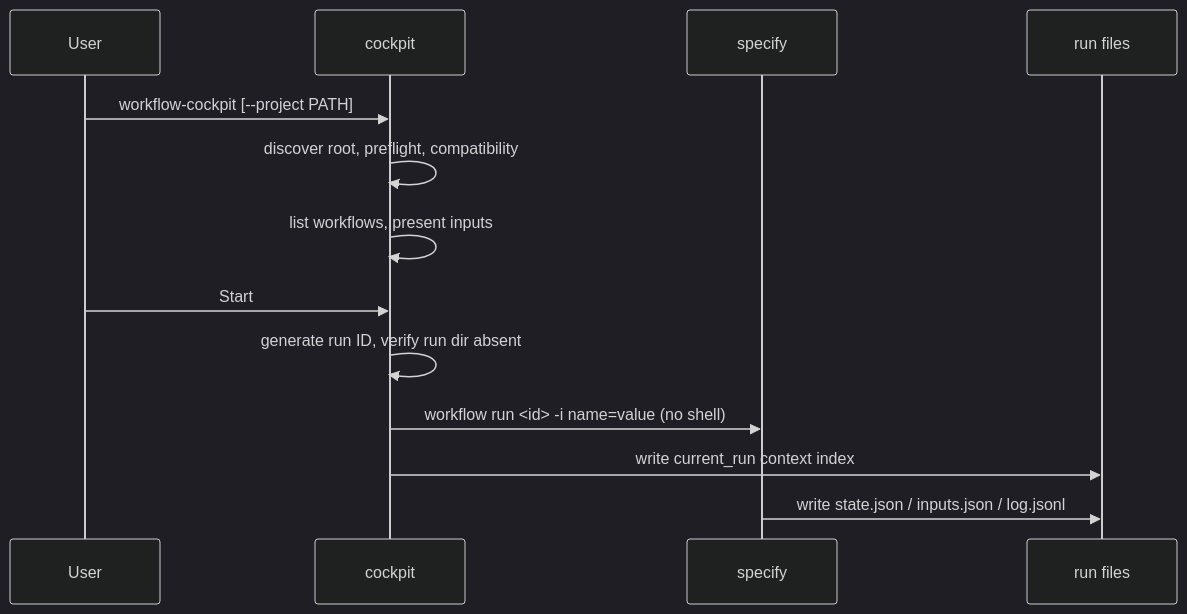
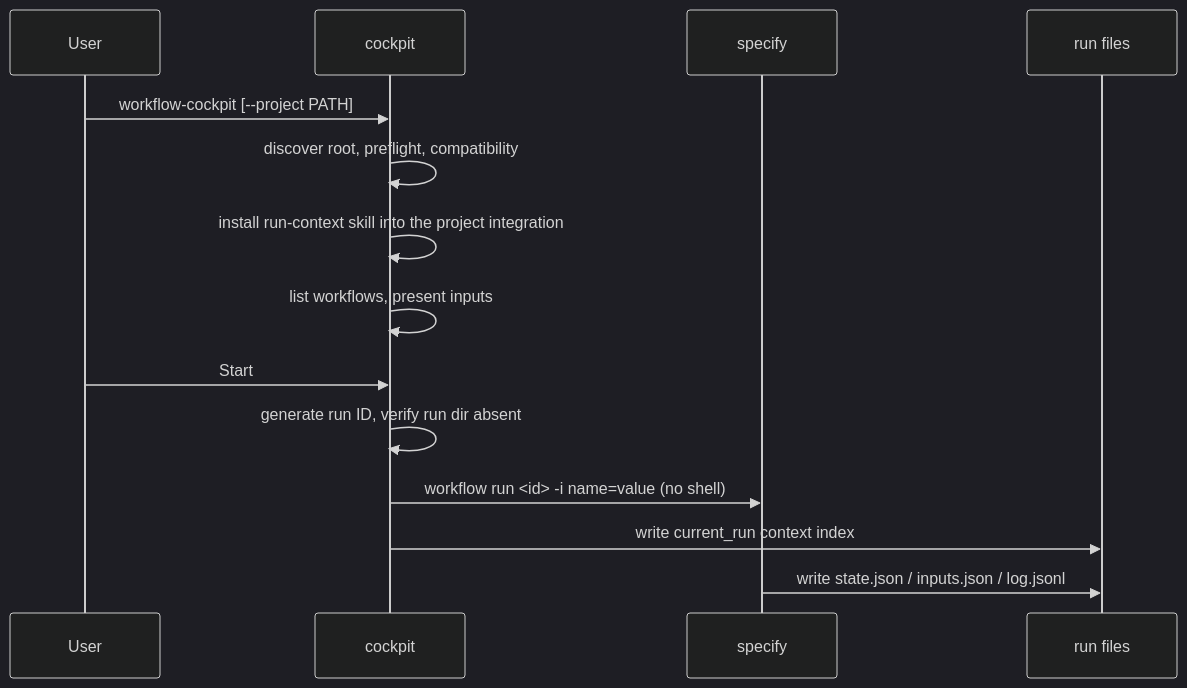
One commit to markuswondrak/spec-kit-workflow-cockpit changed the first of 4 diagrams in docs/architecture/06-runtime-view.md. Above: the diagram before and after it, drawn with Mermaid (dark theme). The commit also changed other lines of this file and 11 other files, not shown here.

First line of the commit message:
Install the run-context skill into the project integration at start

````diff
--- a/docs/architecture/06-runtime-view.md
+++ b/docs/architecture/06-runtime-view.md
@@ -10,15 +10,16 @@
 ```mermaid
 sequenceDiagram
     participant U as User
     participant C as cockpit
     participant S as specify
     participant R as run files
     U->>C: workflow-cockpit [--project PATH]
     C->>C: discover root, preflight, compatibility
+    C->>C: install run-context skill into the project integration
     C->>C: list workflows, present inputs
     U->>C: Start
     C->>C: generate run ID, verify run dir absent
     C->>S: workflow run <id> -i name=value (no shell)
     C->>R: write current_run context index
     S->>R: write state.json / inputs.json / log.jsonl
 ```
````
